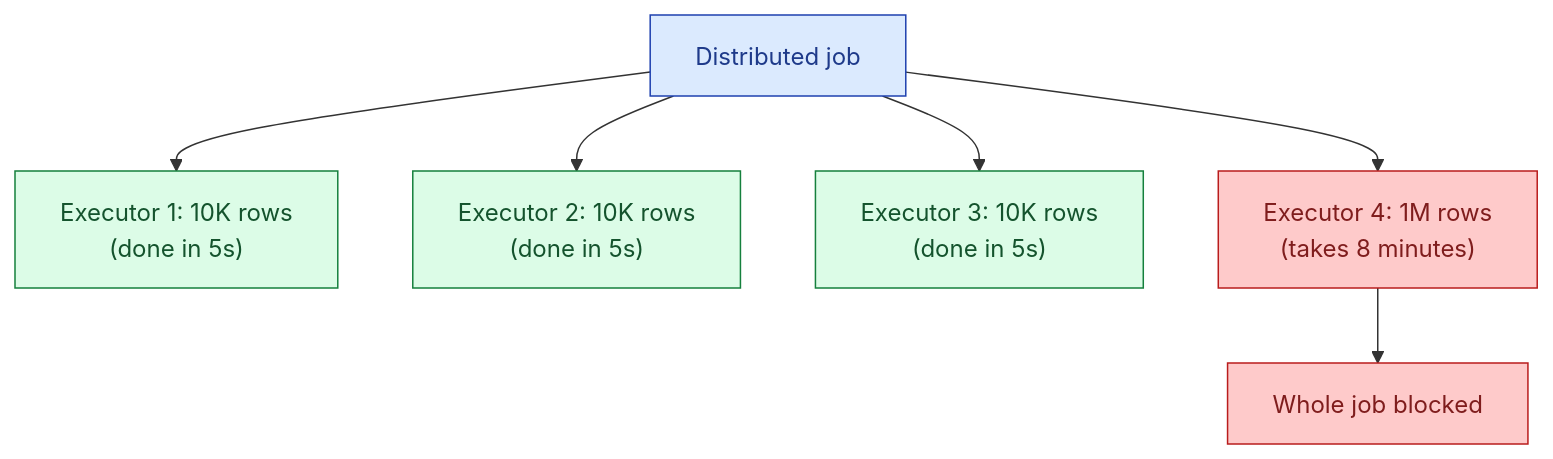
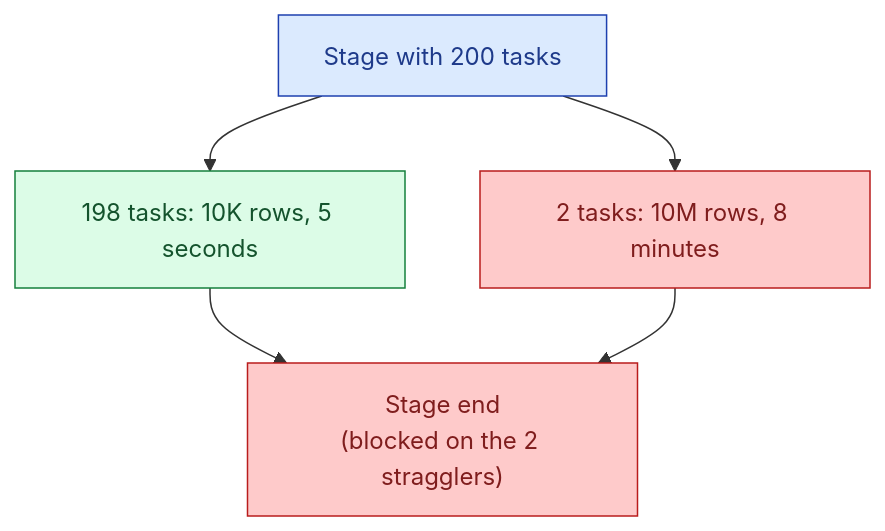
One commit to shiningflash/shiningflash.github.io changed the first of 3 diagrams in _de_concepts/029-skew-handling.md. Above: the diagram before and after it, drawn with Mermaid. The commit also changed other lines of this file and 69 other files, not shown here.

````diff
--- a/_de_concepts/029-skew-handling.md
+++ b/_de_concepts/029-skew-handling.md
@@ -12,13 +14,12 @@
 ```mermaid
 flowchart TB
-    Job["Distributed job"]:::a
-    Job --> E1["Executor 1: 10K rows<br/>(done in 5s)"]:::ok
-    Job --> E2["Executor 2: 10K rows<br/>(done in 5s)"]:::ok
-    Job --> E3["Executor 3: 10K rows<br/>(done in 5s)"]:::ok
-    Job --> E4["Executor 4: 1M rows<br/>(takes 8 minutes)"]:::bad
-    E4 --> Wait["Whole job blocked"]:::bad
+    Job["Stage with 200 tasks"]:::a
+    Job --> Median["198 tasks: 10K rows, 5 seconds"]:::ok
+    Job --> Skewed["2 tasks: 10M rows, 8 minutes"]:::bad
+    Median --> Wait["Stage end<br/>(blocked on the 2 stragglers)"]:::bad
+    Skewed --> Wait
 
     classDef a fill:#dbeafe,stroke:#1e40af,color:#1e3a8a
     classDef ok fill:#dcfce7,stroke:#15803d,color:#14532d
     classDef bad fill:#fecaca,stroke:#b91c1c,color:#7f1d1d
 ```
````
